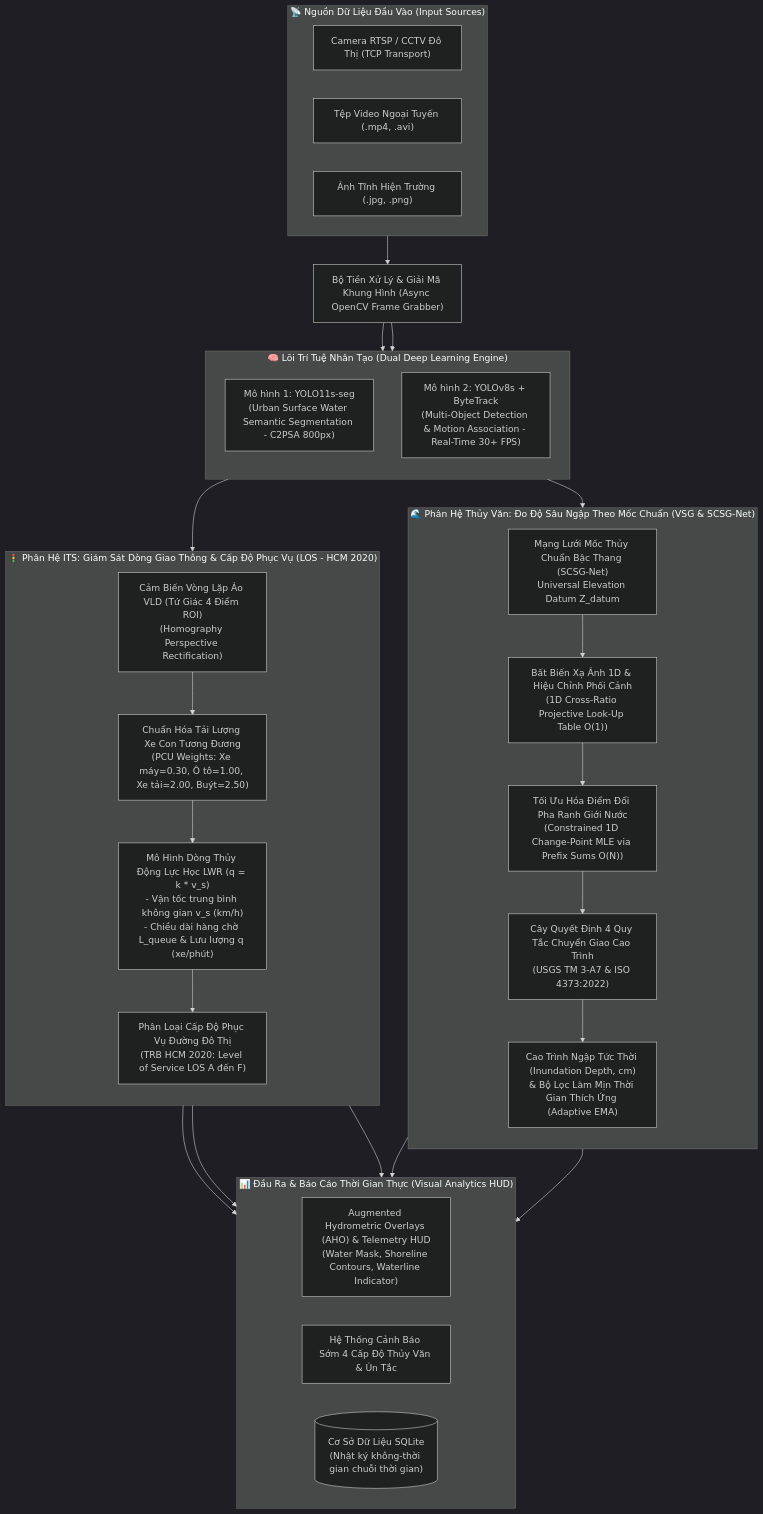
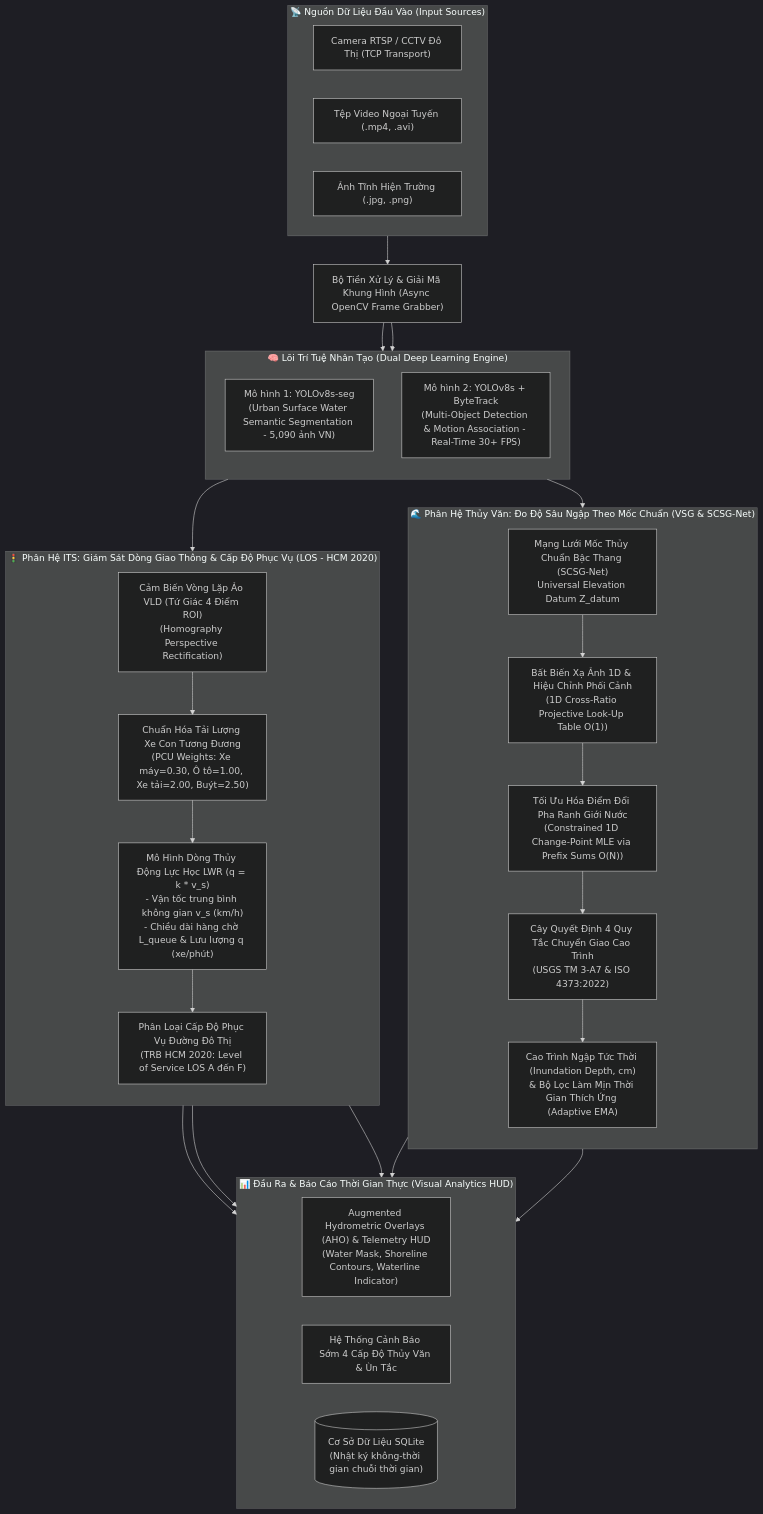
One commit to NguyenThanhThiet87/-AI-Urban-Flood-Traffic changed the diagram in README.md. Above: the diagram before and after it, drawn with Mermaid (dark theme). The commit also changed other lines of this file and 2 other files, not shown here.

Commit message:
feat: optimal YOLOv8s configuration for both flood and traffic with real-time 30+ FPS tracking

````diff
--- a/README.md
+++ b/README.md
@@ -42,67 +42,67 @@
 ```mermaid
 flowchart TD
     %% Input Sources
     subgraph INPUT["📡 Nguồn Dữ Liệu Đầu Vào (Input Sources)"]
         direction LR
         IN_RTSP["Camera RTSP / CCTV Đô Thị (TCP Transport)"]
         IN_VID["Tệp Video Ngoại Tuyến (.mp4, .avi)"]
         IN_IMG["Ảnh Tĩnh Hiện Trường (.jpg, .png)"]
     end
 
     INPUT --> PREPROC["Bộ Tiền Xử Lý & Giải Mã Khung Hình (Async OpenCV Frame Grabber)"]
 
     %% AI Core
     subgraph AI_CORE["🧠 Lõi Trí Tuệ Nhân Tạo (Dual Deep Learning Engine)"]
         direction TB
-        YOLO_SEG["Mô hình 1: YOLO11s-seg<br/>(Urban Surface Water Semantic Segmentation - C2PSA 800px)"]
+        YOLO_SEG["Mô hình 1: YOLOv8s-seg<br/>(Urban Surface Water Semantic Segmentation - 5,090 ảnh VN)"]
         YOLO_DET["Mô hình 2: YOLOv8s + ByteTrack<br/>(Multi-Object Detection & Motion Association - Real-Time 30+ FPS)"]
     end
 
     PREPROC --> YOLO_SEG
     PREPROC --> YOLO_DET
 
     %% Phân hệ 1: Đo độ sâu nước ngập
     subgraph SUB1["🌊 Phân Hệ Thủy Văn: Đo Độ Sâu Ngập Theo Mốc Chuẩn (VSG & SCSG-Net)"]
         direction TB
         GAUGE["Mạng Lưới Mốc Thủy Chuẩn Bậc Thang (SCSG-Net)<br/>Universal Elevation Datum Z_datum"]
         PROJ_LUT["Bất Biến Xạ Ảnh 1D & Hiệu Chỉnh Phối Cảnh<br/>(1D Cross-Ratio Projective Look-Up Table O(1))"]
         CHANGE_POINT["Tối Ưu Hóa Điểm Đổi Pha Ranh Giới Nước<br/>(Constrained 1D Change-Point MLE via Prefix Sums O(N))"]
         CASCADING["Cây Quyết Định 4 Quy Tắc Chuyển Giao Cao Trình<br/>(USGS TM 3-A7 & ISO 4373:2022)"]
         FLOOD_DEPTH["Cao Trình Ngập Tức Thời (Inundation Depth, cm)<br/>& Bộ Lọc Làm Mịn Thời Gian Thích Ứng (Adaptive EMA)"]
 
         GAUGE --> PROJ_LUT
         PROJ_LUT --> CHANGE_POINT
         CHANGE_POINT --> CASCADING
         CASCADING --> FLOOD_DEPTH
     end
 
     %% Phân hệ 2: Đo độ ùn tắc giao thông
     subgraph SUB2["🚦 Phân Hệ ITS: Giám Sát Dòng Giao Thông & Cấp Độ Phục Vụ (LOS - HCM 2020)"]
         direction TB
         ROI["Cảm Biến Vòng Lặp Ảo VLD (Tứ Giác 4 Điểm ROI)<br/>(Homography Perspective Rectification)"]
         PCU["Chuẩn Hóa Tải Lượng Xe Con Tương Đương<br/>(PCU Weights: Xe máy=0.30, Ô tô=1.00, Xe tải=2.00, Buýt=2.50)"]
         METRICS["Mô Hình Dòng Thủy Động Lực Học LWR (q = k * v_s)<br/>- Vận tốc trung bình không gian v_s (km/h)<br/>- Chiều dài hàng chờ L_queue & Lưu lượng q (xe/phút)"]
         STATE["Phân Loại Cấp Độ Phục Vụ Đường Đô Thị<br/>(TRB HCM 2020: Level of Service LOS A đến F)"]
 
         ROI --> PCU
         PCU --> METRICS
         METRICS --> STATE
     end
 
     YOLO_SEG --> CHANGE_POINT
     YOLO_DET --> ROI
 
     %% Outputs
     subgraph OUTPUT["📊 Đầu Ra & Báo Cáo Thời Gian Thực (Visual Analytics HUD)"]
         direction LR
         HUD["Augmented Hydrometric Overlays (AHO) & Telemetry HUD<br/>(Water Mask, Shoreline Contours, Waterline Indicator)"]
         ALARM["Hệ Thống Cảnh Báo Sớm 4 Cấp Độ Thủy Văn & Ùn Tắc"]
         DB[("Cơ Sở Dữ Liệu SQLite<br/>(Nhật ký không-thời gian chuỗi thời gian)")]
     end
 
     FLOOD_DEPTH --> HUD
     FLOOD_DEPTH --> ALARM
     STATE --> HUD
     STATE --> ALARM
     STATE --> DB
 ```
````
